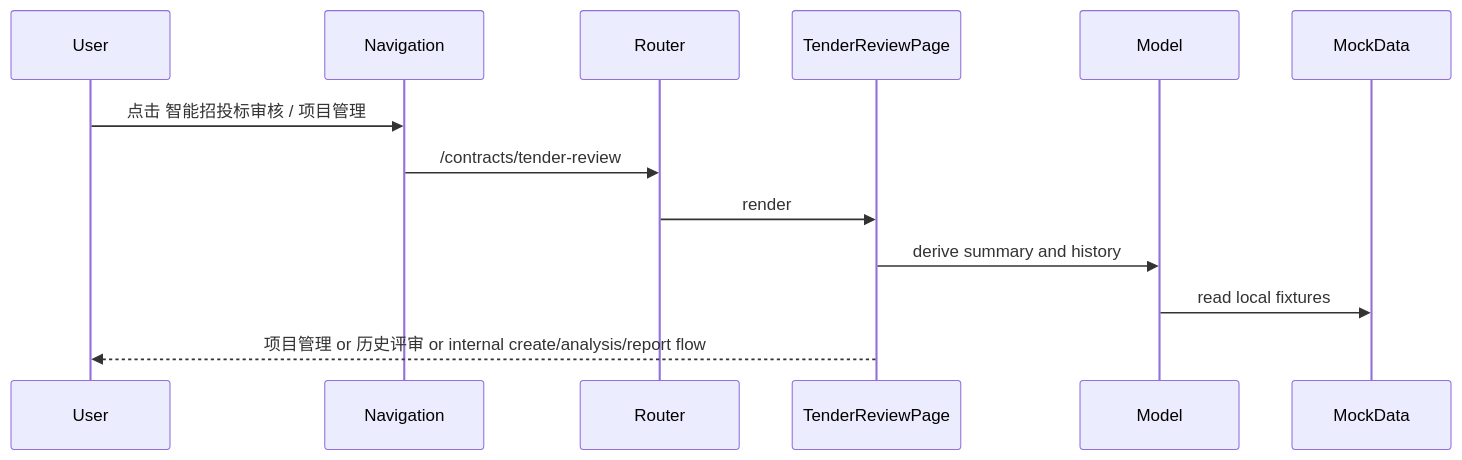
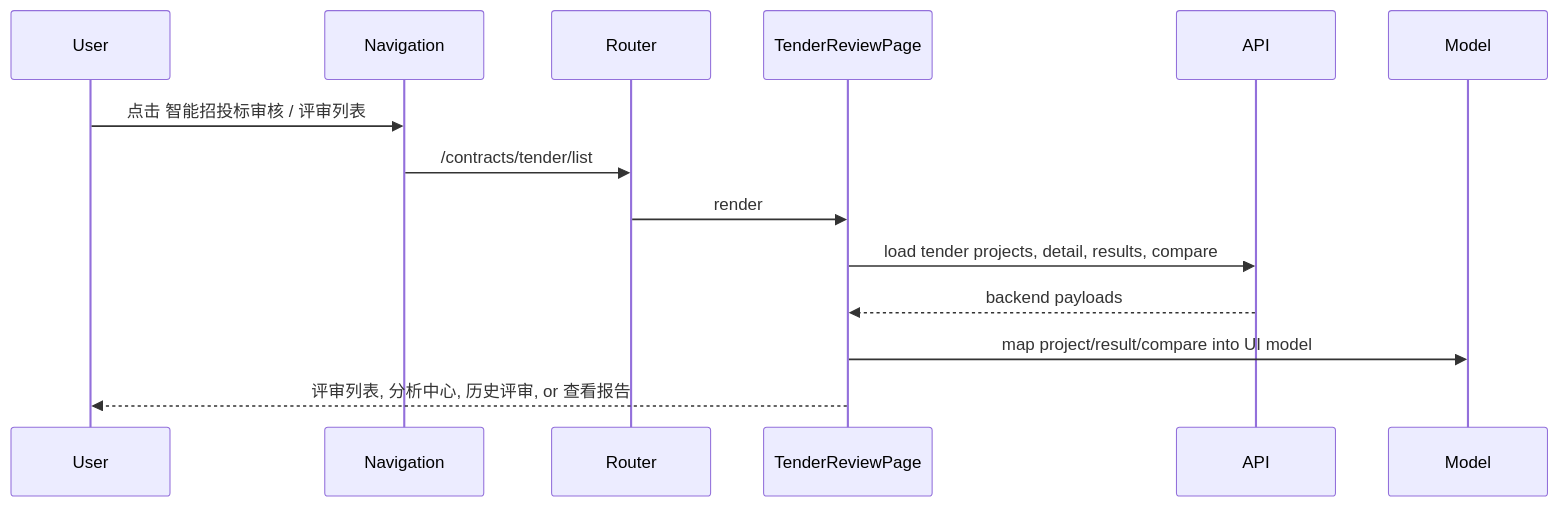
The diagram in agent-front/.ai_state/architecture/frontend-contract-tender-review.md (WenJunDuan/enterprise-agent-platform), drawn with Mermaid before and after one commit. The commit also changed other lines of this file and 3 other files, not shown here.

Commit message:
docs(front): record tender review frontend state

````diff
--- a/agent-front/.ai_state/architecture/frontend-contract-tender-review.md
+++ b/agent-front/.ai_state/architecture/frontend-contract-tender-review.md
@@ -31,9 +34,10 @@
 ```mermaid
 sequenceDiagram
-    User->>Navigation: 点击 智能招投标审核 / 项目管理
-    Navigation->>Router: /contracts/tender-review
+    User->>Navigation: 点击 智能招投标审核 / 评审列表
+    Navigation->>Router: /contracts/tender/list
     Router->>TenderReviewPage: render
-    TenderReviewPage->>Model: derive summary and history
-    Model->>MockData: read local fixtures
-    TenderReviewPage-->>User: 项目管理 or 历史评审 or internal create/analysis/report flow
+    TenderReviewPage->>API: load tender projects, detail, results, compare
+    API-->>TenderReviewPage: backend payloads
+    TenderReviewPage->>Model: map project/result/compare into UI model
+    TenderReviewPage-->>User: 评审列表, 分析中心, 历史评审, or 查看报告
 ```
````
